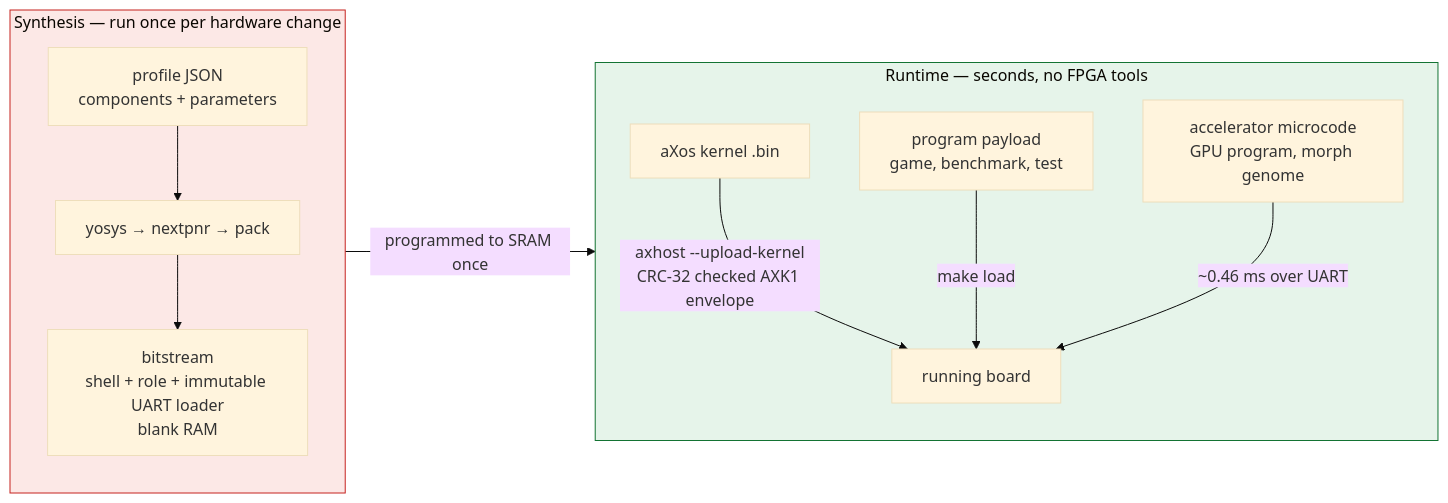
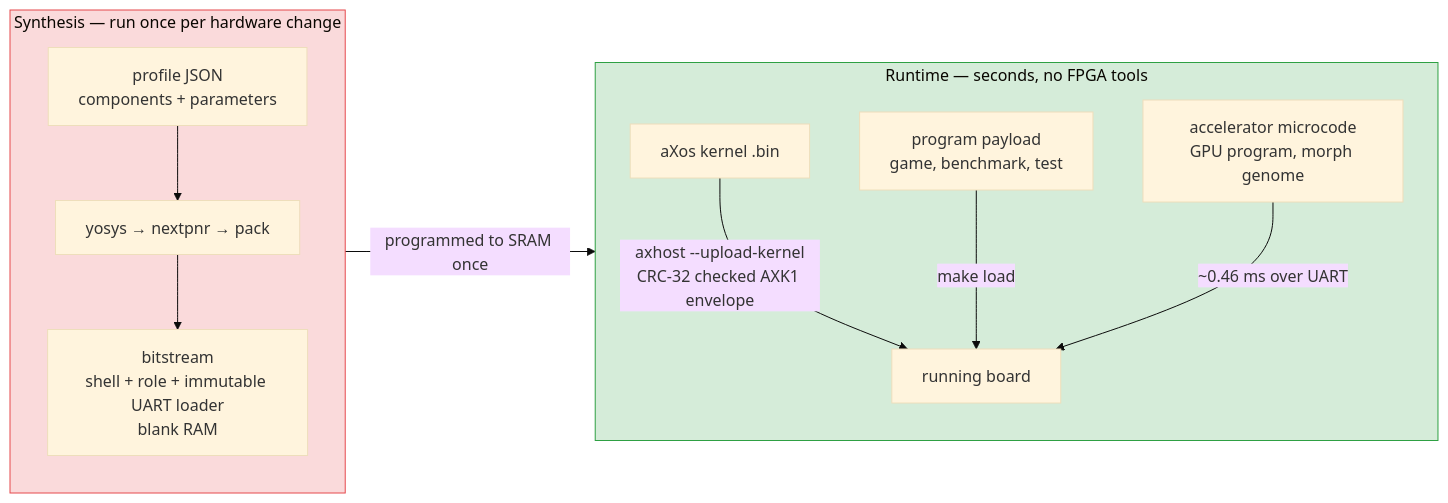
One commit to Scynth-Labs/atomiX changed the diagram in README.md. Above: the diagram before and after it, drawn with Mermaid (base theme). The commit also changed 5 other files, not shown here.

Commit message:
Update diagram styles for consistency across documentation

````diff
--- a/README.md
+++ b/README.md
@@ -60,22 +60,22 @@
 ```mermaid
 flowchart LR
   subgraph synth["Synthesis — run once per hardware change"]
     direction TB
     prof["profile JSON<br/>components + parameters"] --> pnr["yosys → nextpnr → pack"]
     pnr --> bit["bitstream<br/>shell + role + immutable UART loader<br/>blank RAM"]
   end
 
   subgraph runtime["Runtime — seconds, no FPGA tools"]
     direction TB
     kern["aXos kernel .bin"] -->|"axhost --upload-kernel<br/>CRC-32 checked AXK1 envelope"| board
     prog["program payload<br/>game, benchmark, test"] -->|"make load"| board
     micro["accelerator microcode<br/>GPU program, morph genome"] -->|"~0.46 ms over UART"| board
   end
 
   bit -->|"programmed to SRAM once"| board["running board"]
 
-  classDef slow fill:#fce8e6,stroke:#c5221f
-  classDef fast fill:#e6f4ea,stroke:#137333
+  classDef slow fill:#e5484d33,stroke:#e5484d
+  classDef fast fill:#2ea04333,stroke:#2ea043
   class synth slow
   class runtime fast
 ```
````
